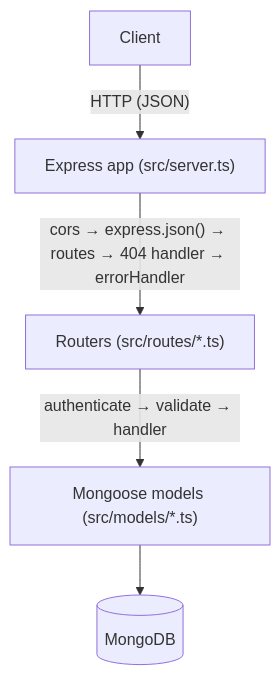
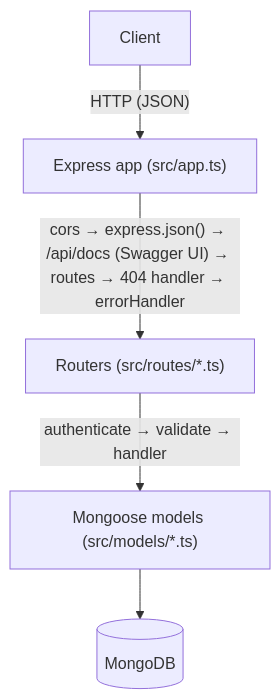
Before and after one commit to iltStudent11/FSEP-Final-Project-Task-Tracker: the first of 8 diagrams in docs/ARCHITECTURE.md, drawn with Mermaid. The commit also changed other lines of this file, not shown here.

Commit message:
fix: enhance architecture documentation for clarity and accuracy

````diff
--- a/docs/ARCHITECTURE.md
+++ b/docs/ARCHITECTURE.md
@@ -9,7 +9,7 @@
 ```mermaid
 flowchart TD
-    Client["Client"] -->|"HTTP (JSON)"| App["Express app (src/server.ts)"]
-    App -->|"cors → express.json() → routes → 404 handler → errorHandler"| Routers["Routers (src/routes/*.ts)"]
+    Client["Client"] -->|"HTTP (JSON)"| App["Express app (src/app.ts)"]
+    App -->|"cors → express.json() → /api/docs (Swagger UI) → routes → 404 handler → errorHandler"| Routers["Routers (src/routes/*.ts)"]
     Routers -->|"authenticate → validate → handler"| Models["Mongoose models (src/models/*.ts)"]
     Models --> DB[("MongoDB")]
 ```
````
